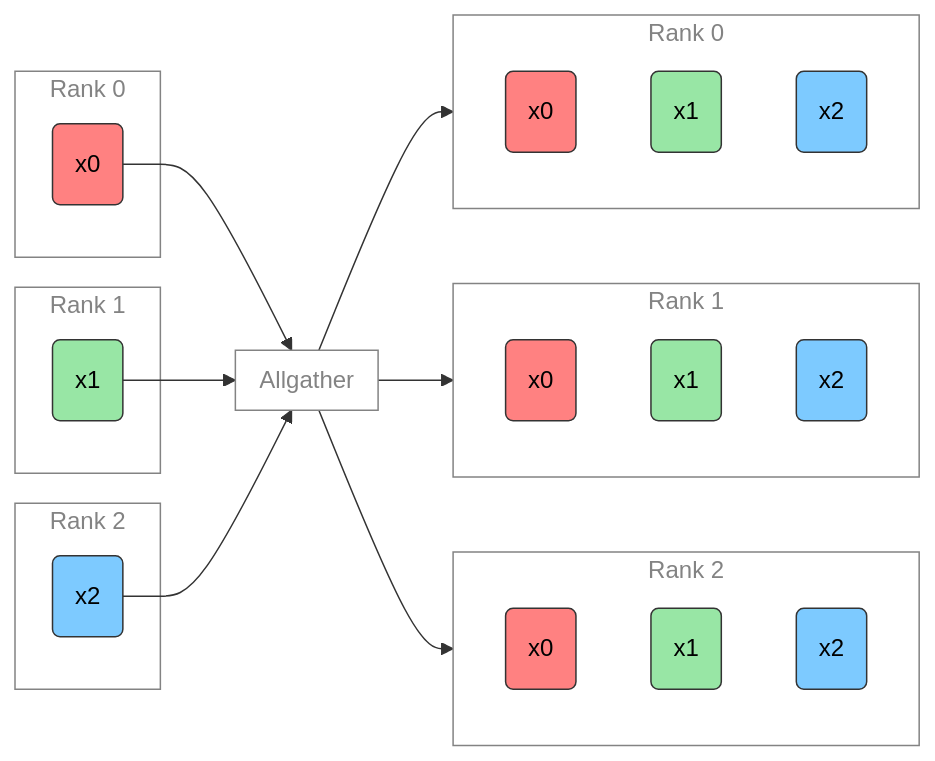
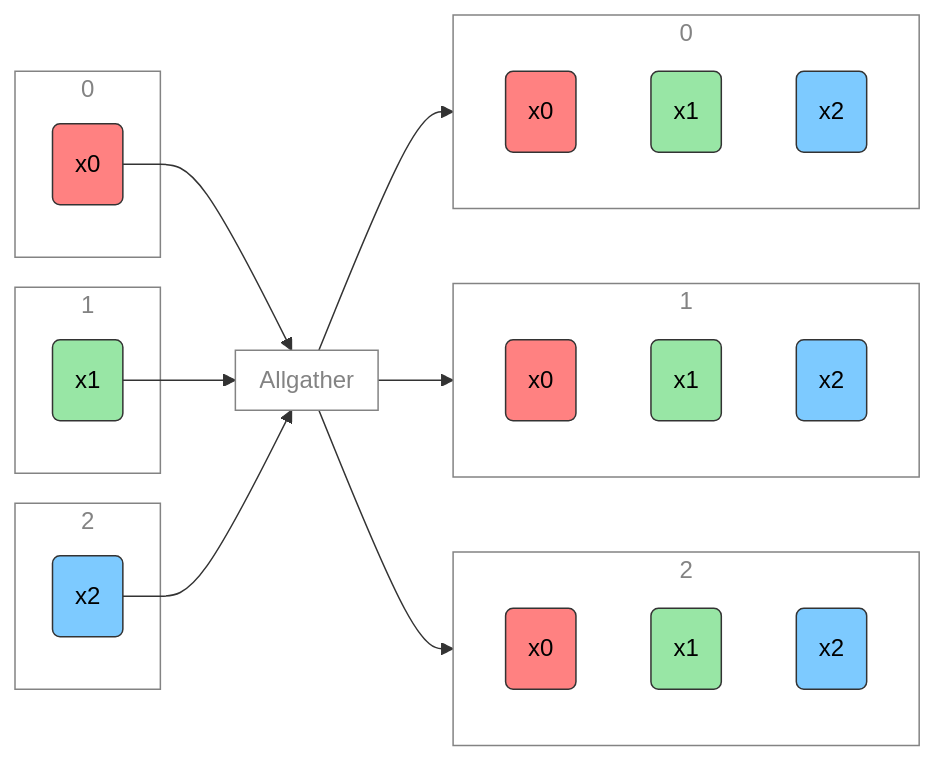
The ninth of 13 diagrams in docs/talks/ai-for-science-2024/ai-for-science-2024.md (saforem2/personal_site), drawn with Mermaid before and after one commit. The commit also changed other lines of this file and 101 other files, not shown here.

````diff
--- a/docs/talks/ai-for-science-2024/ai-for-science-2024.md
+++ b/docs/talks/ai-for-science-2024/ai-for-science-2024.md
@@ -618,58 +619,58 @@
 ``` mermaid
 flowchart LR
-  subgraph R0["`Rank 0`"]
+  subgraph R0["`0`"]
     x0("`x0`")
   end
-  subgraph R1["`Rank 1`"]
+  subgraph R1["`1`"]
     x1("`x1`")
   end
-  subgraph R2["`Rank 2`"]
+  subgraph R2["`2`"]
     x2("`x2`")
   end
   subgraph AG["`Allgather`"]
     %%xp0["`z=[empty_like(x) for _ in range(4)]`"]
     %%xp1["`dist.all_gather(z, x)`"]
   end
-  subgraph AG2["`Rank 2`"]
+  subgraph AG2["`2`"]
     direction TB
     xp02("`x0`")
     xp12("`x1`")
     xp22("`x2`")
   end
-  subgraph AG1["`Rank 1`"]
+  subgraph AG1["`1`"]
     direction TB
     xp01("`x0`")
     xp11("`x1`")
     xp21("`x2`")
   end
-  subgraph AG0["`Rank 0`"]
+  subgraph AG0["`0`"]
     direction TB
     xp00("`x0`")
     xp10("`x1`")
     xp20("`x2`")
   end
   x0 --> AG
   x1 --> AG
   x2 --> AG
   AG --> AG0
   AG --> AG1
   AG --> AG2
 classDef red fill:#ff8181,stroke:#333,stroke-width:1px,color:#000
 classDef orange fill:#FFC47F,stroke:#333,stroke-width:1px,color:#000
 classDef yellow fill:#FFFF7F,stroke:#333,stroke-width:1px,color:#000
 classDef green fill:#98E6A5,stroke:#333,stroke-width:1px,color:#000
 classDef blue fill:#7DCAFF,stroke:#333,stroke-width:1px,color:#000
 classDef purple fill:#FFCBE6,stroke:#333,stroke-width:1px,color:#000
 classDef block fill:#CCCCCC02,stroke:#838383,stroke-width:1px,font-weight:500,color:#838383
 classDef text fill:#CCCCCC02,stroke:#838383,stroke-width:0px,color:#838383
 class xp0,xp1, text
 class AG0,AG1,AG2,AG3,AG,R0,R1,R2,R3, block
 class xp00,xp01,xp02,xp03, red
 class xp10,xp11,xp12,xp13, green
 class xp20,xp21,xp22,xp23, blue
 class xp30,xp31,xp32,xp33, yellow
 class x0, red
 class x1, green
 class x2, blue
 class x3, yellow
 ```
````
